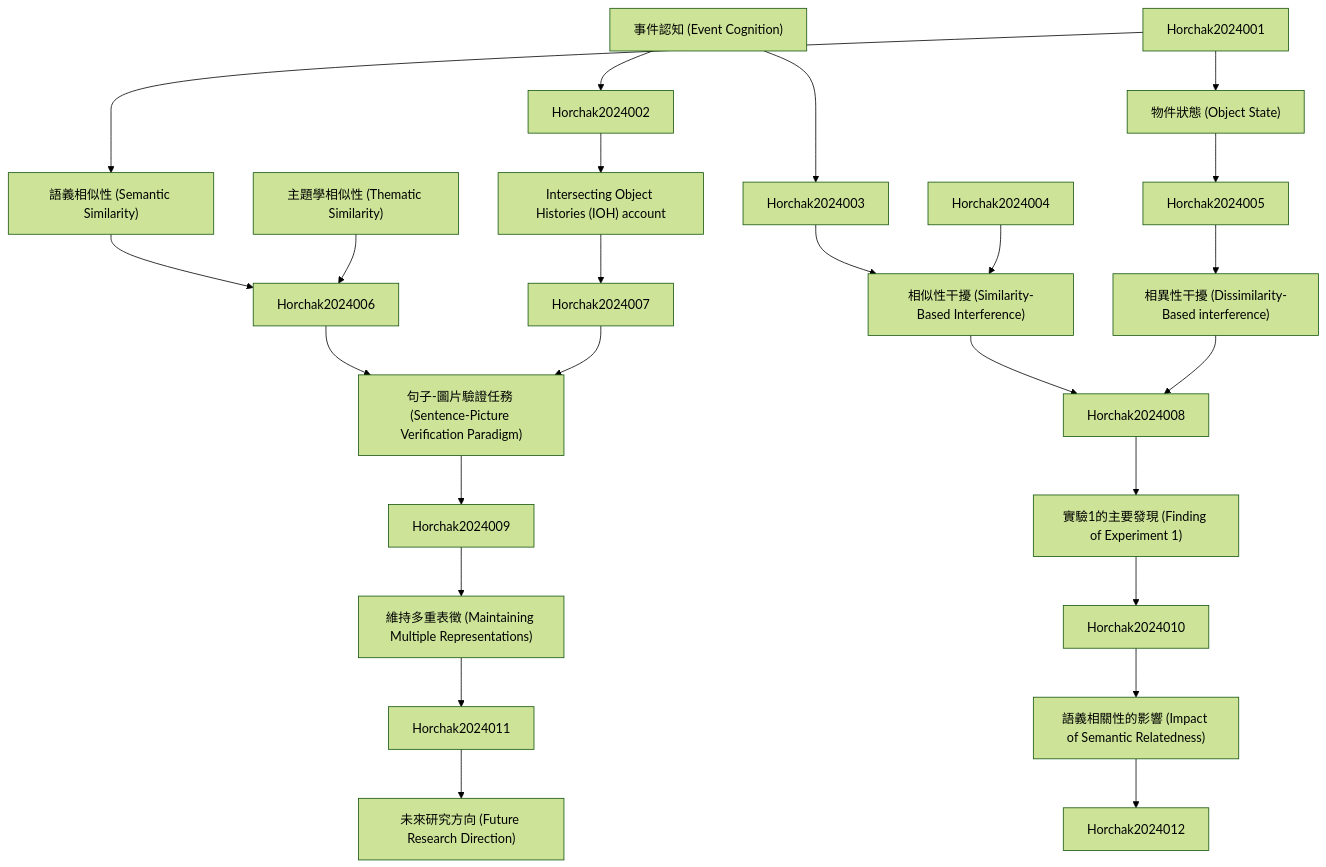
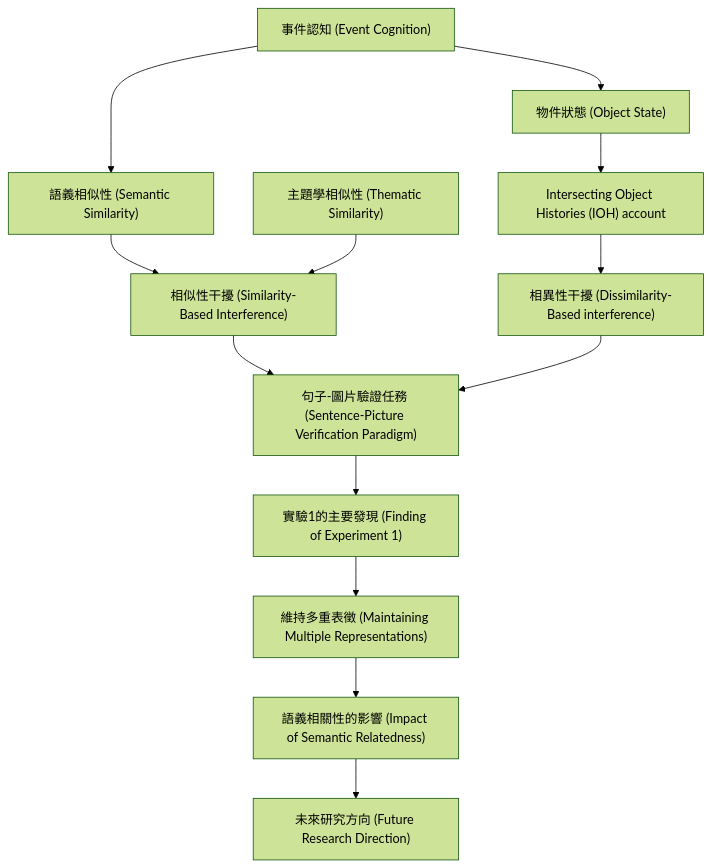
Before and after one commit to SCgeeker/Claude_Journal_Club_Agents: the diagram in output/zettelkasten_notes/zettel_Horchak-2024_20251104/zettel_index.md, drawn with Mermaid (forest theme). The commit also changed 776 other files, not shown here.

````diff
--- a/output/zettelkasten_notes/zettel_Horchak-2024_20251104/zettel_index.md
+++ b/output/zettelkasten_notes/zettel_Horchak-2024_20251104/zettel_index.md
@@ -92,76 +92,60 @@
 ```mermaid
 graph TD
 
     Horchak-2024-001["事件認知 (Event Cognition)"]
 
     Horchak-2024-002["物件狀態 (Object State)"]
 
     Horchak-2024-003["語義相似性 (Semantic Similarity)"]
 
     Horchak-2024-004["主題學相似性 (Thematic Similarity)"]
 
     Horchak-2024-005["Intersecting Object Histories (IOH) account"]
 
     Horchak-2024-006["相似性干擾 (Similarity-Based Interference)"]
 
     Horchak-2024-007["相異性干擾 (Dissimilarity-Based interference)"]
 
     Horchak-2024-008["句子-圖片驗證任務 (Sentence-Picture Verification Paradigm)"]
 
     Horchak-2024-009["實驗1的主要發現 (Finding of Experiment 1)"]
 
     Horchak-2024-010["維持多重表徵 (Maintaining Multiple Representations)"]
 
     Horchak-2024-011["語義相關性的影響 (Impact of Semantic Relatedness)"]
 
     Horchak-2024-012["未來研究方向 (Future Research Direction)"]
 
-    Horchak-2024-001 --> Horchak2024002
+    Horchak-2024-001 --> Horchak-2024-002
 
-    Horchak-2024-001 --> Horchak2024003
+    Horchak-2024-001 --> Horchak-2024-003
 
-    Horchak2024001 --> Horchak-2024-002
 
-    Horchak-2024-002 --> Horchak2024005
+    Horchak-2024-002 --> Horchak-2024-005
 
-    Horchak2024001 --> Horchak-2024-003
 
-    Horchak-2024-003 --> Horchak2024006
+    Horchak-2024-003 --> Horchak-2024-006
 
-    Horchak-2024-004 --> Horchak2024006
+    Horchak-2024-004 --> Horchak-2024-006
 
-    Horchak2024002 --> Horchak-2024-005
 
-    Horchak-2024-005 --> Horchak2024007
+    Horchak-2024-005 --> Horchak-2024-007
 
-    Horchak2024003 --> Horchak-2024-006
+    Horchak-2024-006 --> Horchak-2024-008
 
-    Horchak2024004 --> Horchak-2024-006
 
-    Horchak-2024-006 --> Horchak2024008
+    Horchak-2024-007 --> Horchak-2024-008
 
-    Horchak2024005 --> Horchak-2024-007
+    Horchak-2024-008 --> Horchak-2024-009
 
-    Horchak-2024-007 --> Horchak2024008
 
-    Horchak2024006 --> Horchak-2024-008
+    Horchak-2024-009 --> Horchak-2024-010
 
-    Horchak2024007 --> Horchak-2024-008
 
-    Horchak-2024-008 --> Horchak2024009
+    Horchak-2024-010 --> Horchak-2024-011
 
-    Horchak2024008 --> Horchak-2024-009
 
-    Horchak-2024-009 --> Horchak2024010
+    Horchak-2024-011 --> Horchak-2024-012
 
-    Horchak2024009 --> Horchak-2024-010
-
-    Horchak-2024-010 --> Horchak2024011
-
-    Horchak2024010 --> Horchak-2024-011
-
-    Horchak-2024-011 --> Horchak2024012
-
-    Horchak2024011 --> Horchak-2024-012
 
 ```
````
